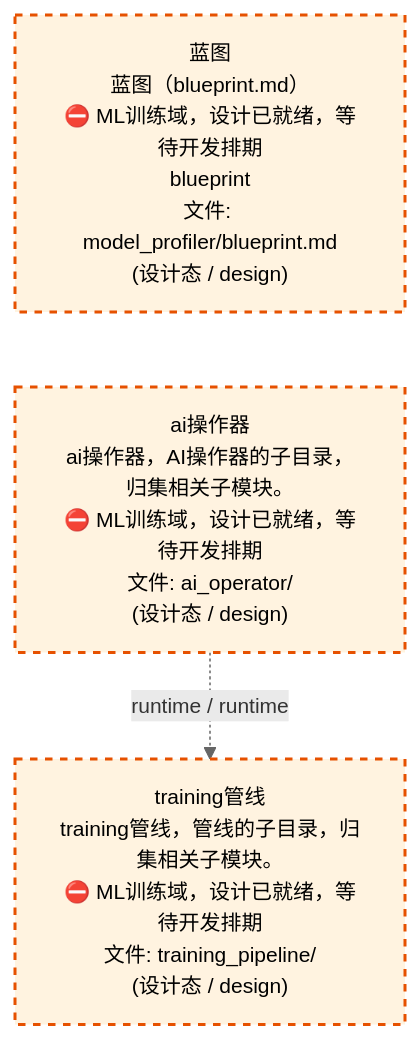
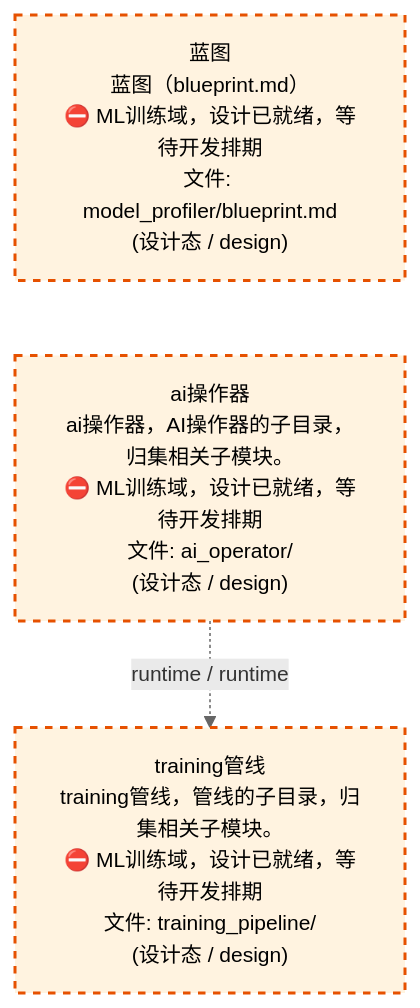
Before and after one commit to xuanFelixVan/ZephyrAlpha: the third of 4 diagrams in docs/02_enterprise_architecture/02_domain_architecture_docs/61_d_ml_train.md, drawn with Mermaid. The commit also changed other lines of this file and 60 other files, not shown here.

````diff
--- a/docs/02_enterprise_architecture/02_domain_architecture_docs/61_d_ml_train.md
+++ b/docs/02_enterprise_architecture/02_domain_architecture_docs/61_d_ml_train.md
@@ -119,14 +119,14 @@
 ```mermaid
 %%{init: {'theme': 'base', 'themeVariables': {'primaryColor': '#eaeaea', 'primaryTextColor': '#333333', 'primaryBorderColor': '#666666', 'lineColor': '#666666', 'secondaryColor': '#eaeaea', 'tertiaryColor': '#eaeaea', 'fontSize': '14px'}}}%%
 flowchart TD
-    docs_03_modules_cross_layer_model_profiler_blueprint_md["蓝图<br/>蓝图（blueprint.md）<br/>⛔ ML训练域，设计已就绪，等待开发排期<br/>blueprint<br/>文件: model_profiler/blueprint.md<br/>(设计态 / design)"]
+    docs_03_modules_cross_layer_model_profiler_blueprint_md["蓝图<br/>蓝图（blueprint.md）<br/>⛔ ML训练域，设计已就绪，等待开发排期<br/>文件: model_profiler/blueprint.md<br/>(设计态 / design)"]
     src_zephyr_ml_train_ai_operator["ai操作器<br/>ai操作器，AI操作器的子目录，归集相关子模块。<br/>⛔ ML训练域，设计已就绪，等待开发排期<br/>文件: ai_operator/<br/>(设计态 / design)"]
     docs_03_modules_cross_layer_model_profiler_blueprint_md ~~~ src_zephyr_ml_train_ai_operator
     src_zephyr_ml_train_training_pipeline["training管线<br/>training管线，管线的子目录，归集相关子模块。<br/>⛔ ML训练域，设计已就绪，等待开发排期<br/>文件: training_pipeline/<br/>(设计态 / design)"]
     src_zephyr_ml_train_ai_operator -.->|runtime / runtime| src_zephyr_ml_train_training_pipeline
     classDef production fill:#e1f5fe,stroke:#01579b,stroke-width:2px,color:#000
     classDef design fill:#fff3e0,stroke:#e65100,stroke-width:2px,color:#000,stroke-dasharray: 5 5
     classDef external_prod fill:#e8f4fd,stroke:#0277bd,stroke-width:1px,color:#000
     classDef external_design fill:#fff8e7,stroke:#ef6c00,stroke-width:1px,color:#000,stroke-dasharray: 5 5
     class docs_03_modules_cross_layer_model_profiler_blueprint_md,src_zephyr_ml_train_ai_operator,src_zephyr_ml_train_training_pipeline design
 ```
````
